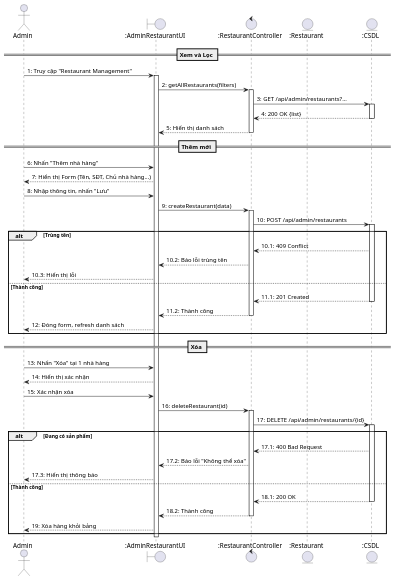
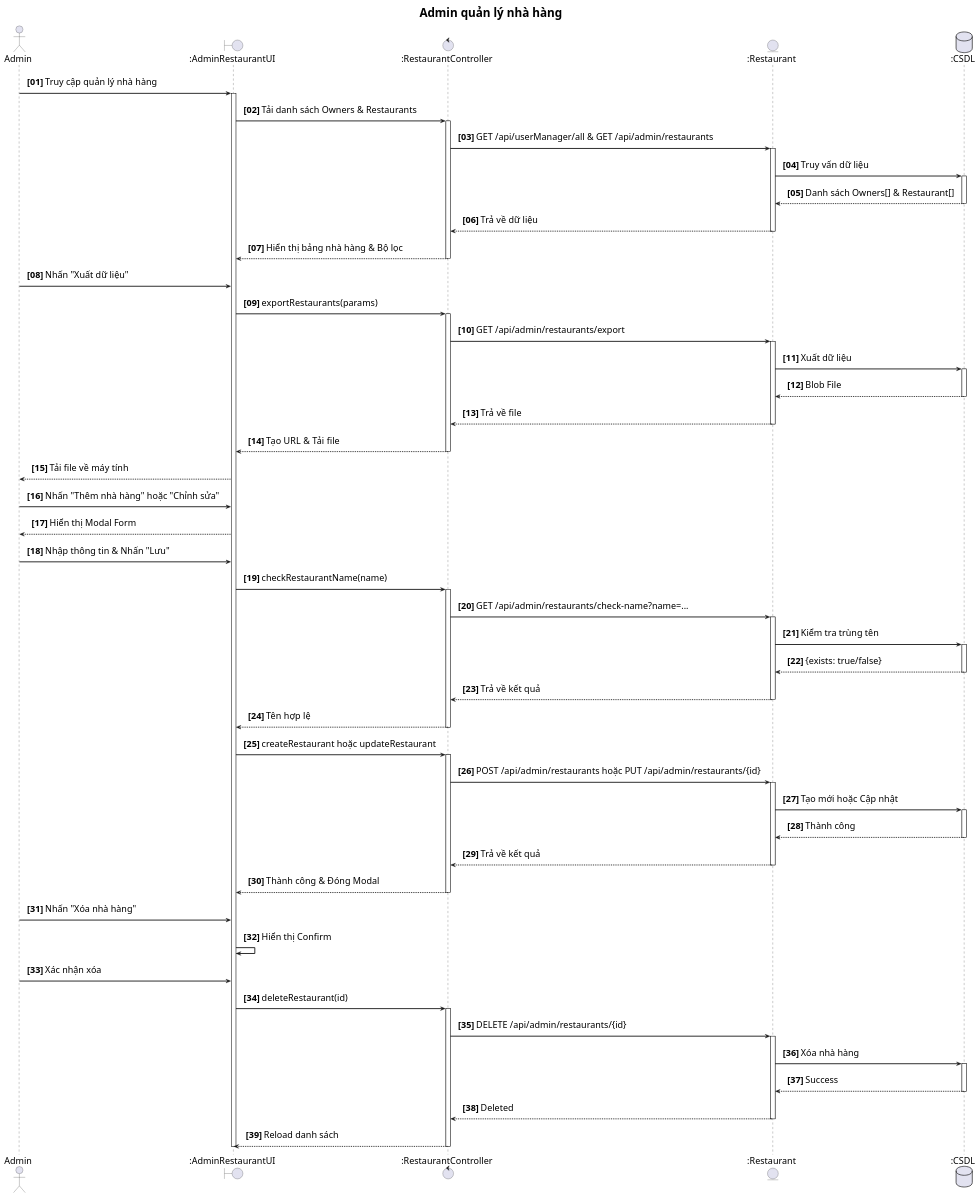
Before and after one commit to Gonztbl/DATN_FRONT-END: the diagram in front-end/src/usecaseUML/UC64_AdminQuanLyNhaHang.puml, drawn with PlantUML. The commit also changed 45 other files, not shown here.

```diff
--- a/front-end/src/usecaseUML/UC64_AdminQuanLyNhaHang.puml
+++ b/front-end/src/usecaseUML/UC64_AdminQuanLyNhaHang.puml
@@ -1,61 +1,106 @@
 @startuml UC64_AdminQuanLyNhaHang
-actor Admin
+title Admin quản lý nhà hàng
+
+autonumber "<b>[00]</b>"
+skinparam sequenceArrowThickness 2
+skinparam roundcorner 10
+skinparam defaultFontSize 20
+skinparam titleFontSize 26
+skinparam sequenceFontSize 19
+skinparam sequenceMessageFontSize 20
+skinparam sequenceActorFontSize 20
+skinparam sequenceParticipantFontSize 20
+skinparam noteFontSize 18
+skinparam sequenceArrowFontSize 20
+skinparam sequence {
+    ParticipantPadding 30
+    LifeLinePadding 20
+    MessagePadding 10
+}
+
+actor "Admin" as Admin
 boundary ":AdminRestaurantUI" as UI
 control ":RestaurantController" as CTRL
 entity ":Restaurant" as ENT
-entity ":CSDL" as DB
+database ":CSDL" as DB
 
-== Xem và Lọc ==
-Admin -> UI : 1: Truy cập "Restaurant Management"
+Admin -> UI : Truy cập quản lý nhà hàng
 activate UI
-UI -> CTRL : 2: getAllRestaurants(filters)
+
+UI -> CTRL : Tải danh sách Owners & Restaurants
 activate CTRL
-CTRL -> DB : 3: GET /api/admin/restaurants?...
+CTRL -> ENT : GET /api/userManager/all & GET /api/admin/restaurants
+activate ENT
+ENT -> DB : Truy vấn dữ liệu
 activate DB
-DB --> CTRL : 4: 200 OK {list}
+DB --> ENT : Danh sách Owners[] & Restaurant[]
 deactivate DB
-CTRL --> UI : 5: Hiển thị danh sách
+ENT --> CTRL : Trả về dữ liệu
+deactivate ENT
+CTRL --> UI : Hiển thị bảng nhà hàng & Bộ lọc
 deactivate CTRL
 
-== Thêm mới ==
-Admin -> UI : 6: Nhấn "Thêm nhà hàng"
-UI --> Admin : 7: Hiển thị Form (Tên, SĐT, Chủ nhà hàng...)
-Admin -> UI : 8: Nhập thông tin, nhấn "Lưu"
-UI -> CTRL : 9: createRestaurant(data)
+Admin -> UI : Nhấn "Xuất dữ liệu"
+UI -> CTRL : exportRestaurants(params)
 activate CTRL
-CTRL -> DB : 10: POST /api/admin/restaurants
+CTRL -> ENT : GET /api/admin/restaurants/export
+activate ENT
+ENT -> DB : Xuất dữ liệu
 activate DB
-alt Trùng tên
-    DB --> CTRL : 10.1: 409 Conflict
-    CTRL --> UI : 10.2: Báo lỗi trùng tên
-    UI --> Admin : 10.3: Hiển thị lỗi
-else Thành công
-    DB --> CTRL : 11.1: 201 Created
-    deactivate DB
-    CTRL --> UI : 11.2: Thành công
-    deactivate CTRL
-    UI --> Admin : 12: Đóng form, refresh danh sách
-end
+DB --> ENT : Blob File
+deactivate DB
+ENT --> CTRL : Trả về file
+deactivate ENT
+CTRL --> UI : Tạo URL & Tải file
+deactivate CTRL
+UI --> Admin : Tải file về máy tính
 
-== Xóa ==
-Admin -> UI : 13: Nhấn "Xóa" tại 1 nhà hàng
-UI --> Admin : 14: Hiển thị xác nhận
-Admin -> UI : 15: Xác nhận xóa
-UI -> CTRL : 16: deleteRestaurant(id)
+Admin -> UI : Nhấn "Thêm nhà hàng" hoặc "Chỉnh sửa"
+UI --> Admin : Hiển thị Modal Form
+Admin -> UI : Nhập thông tin & Nhấn "Lưu"
+
+UI -> CTRL : checkRestaurantName(name)
 activate CTRL
-CTRL -> DB : 17: DELETE /api/admin/restaurants/{id}
+CTRL -> ENT : GET /api/admin/restaurants/check-name?name=...
+activate ENT
+ENT -> DB : Kiểm tra trùng tên
 activate DB
-alt Đang có sản phẩm
-    DB --> CTRL : 17.1: 400 Bad Request
-    CTRL --> UI : 17.2: Báo lỗi "Không thể xóa"
-    UI --> Admin : 17.3: Hiển thị thông báo
-else Thành công
-    DB --> CTRL : 18.1: 200 OK
-    deactivate DB
-    CTRL --> UI : 18.2: Thành công
-    deactivate CTRL
-    UI --> Admin : 19: Xóa hàng khỏi bảng
-end
+DB --> ENT : {exists: true/false}
+deactivate DB
+ENT --> CTRL : Trả về kết quả
+deactivate ENT
+CTRL --> UI : Tên hợp lệ
+deactivate CTRL
+
+UI -> CTRL : createRestaurant hoặc updateRestaurant
+activate CTRL
+CTRL -> ENT : POST /api/admin/restaurants hoặc PUT /api/admin/restaurants/{id}
+activate ENT
+ENT -> DB : Tạo mới hoặc Cập nhật
+activate DB
+DB --> ENT : Thành công
+deactivate DB
+ENT --> CTRL : Trả về kết quả
+deactivate ENT
+CTRL --> UI : Thành công & Đóng Modal
+deactivate CTRL
+
+Admin -> UI : Nhấn "Xóa nhà hàng"
+UI -> UI : Hiển thị Confirm
+Admin -> UI : Xác nhận xóa
+
+UI -> CTRL : deleteRestaurant(id)
+activate CTRL
+CTRL -> ENT : DELETE /api/admin/restaurants/{id}
+activate ENT
+ENT -> DB : Xóa nhà hàng
+activate DB
+DB --> ENT : Success
+deactivate DB
+ENT --> CTRL : Deleted
+deactivate ENT
+CTRL --> UI : Reload danh sách
+deactivate CTRL
 
 deactivate UI
 @enduml
```
